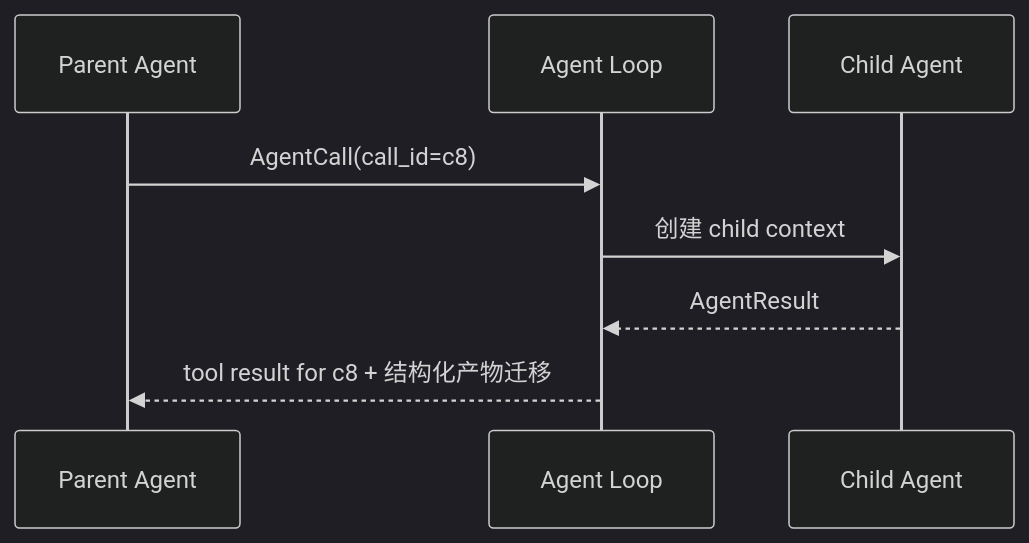
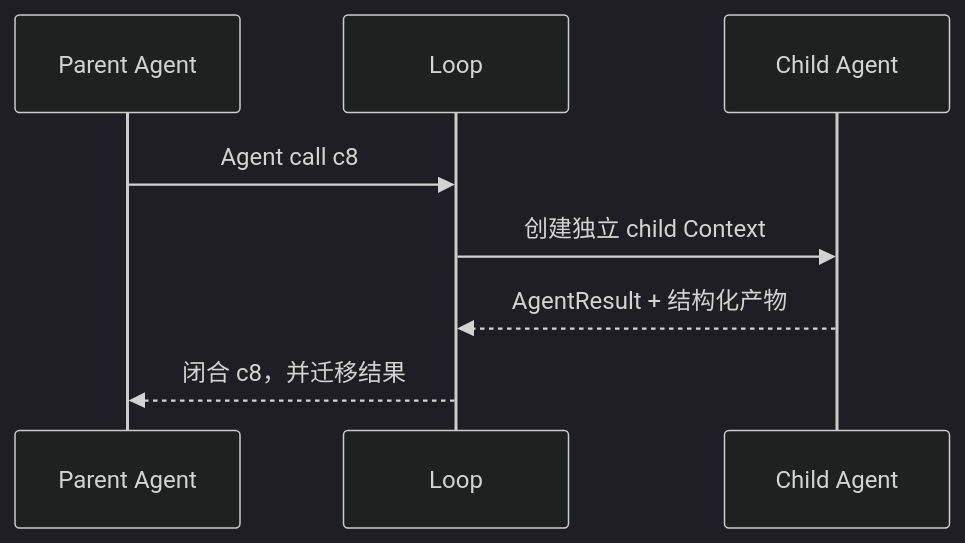
The fifth of 7 diagrams in docs/03-agent-loop-and-call-protocol.md (Arthur999459up/GitAgent), drawn with Mermaid (dark theme) before and after one commit. The commit also changed other lines of this file and 15 other files, not shown here.

````diff
--- a/docs/03-agent-loop-and-call-protocol.md
+++ b/docs/03-agent-loop-and-call-protocol.md
@@ -173,10 +140,11 @@
 ```mermaid
 sequenceDiagram
     participant P as Parent Agent
-    participant L as Agent Loop
+    participant L as Loop
     participant C as Child Agent
-    P->>L: AgentCall(call_id=c8)
-    L->>C: 创建 child context
-    C-->>L: AgentResult
-    L-->>P: tool result for c8 + 结构化产物迁移
+
+    P->>L: Agent call c8
+    L->>C: 创建独立 child Context
+    C-->>L: AgentResult + 结构化产物
+    L-->>P: 闭合 c8，并迁移结果
 ```
````
